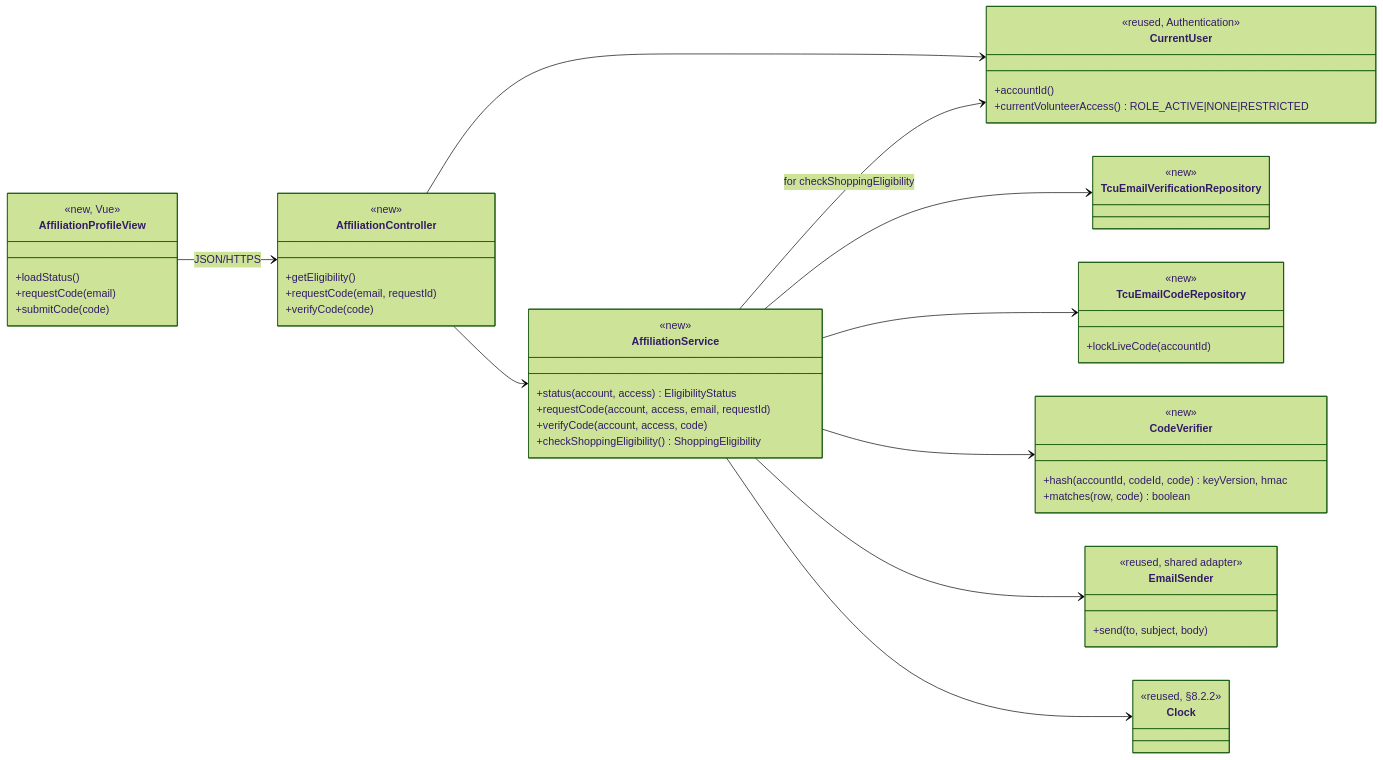
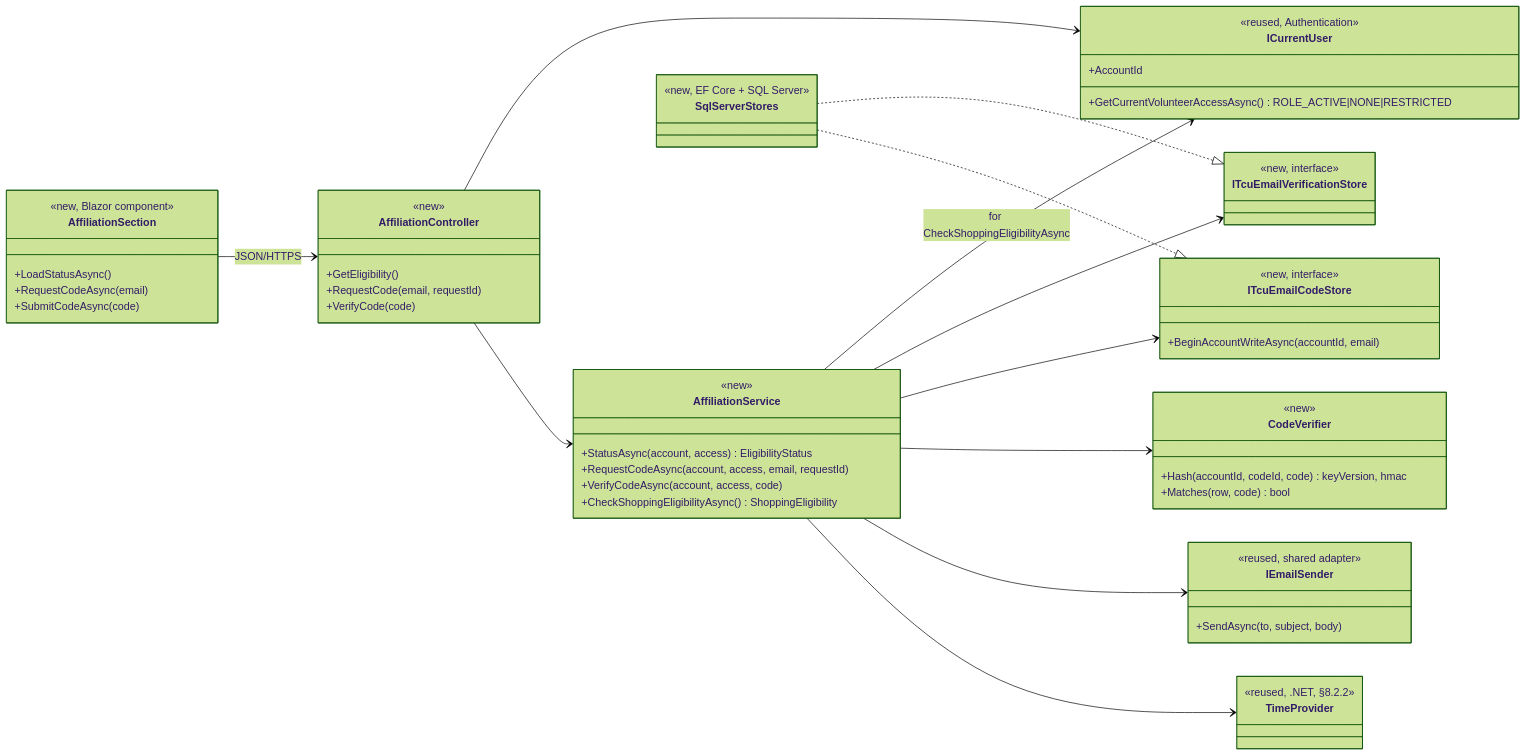
One commit to evelyntrann/cosc-40943-team-3-refrog changed the first of 4 diagrams in docs/design/IDV.md. Above: the diagram before and after it, drawn with Mermaid (forest theme). The commit also changed other lines of this file and 2 other files, not shown here.

First line of the commit message:
docs: revise IDV design for KD-tcu-it-stack (#60)

````diff
--- a/docs/design/IDV.md
+++ b/docs/design/IDV.md
@@ -42,56 +40,61 @@
 ```mermaid
 classDiagram
     direction LR
-    class AffiliationProfileView {
-        <<new, Vue>>
-        +loadStatus()
-        +requestCode(email)
-        +submitCode(code)
+    class AffiliationSection {
+        <<new, Blazor component>>
+        +LoadStatusAsync()
+        +RequestCodeAsync(email)
+        +SubmitCodeAsync(code)
     }
     class AffiliationController {
         <<new>>
-        +getEligibility()
-        +requestCode(email, requestId)
-        +verifyCode(code)
+        +GetEligibility()
+        +RequestCode(email, requestId)
+        +VerifyCode(code)
     }
     class AffiliationService {
         <<new>>
-        +status(account, access) EligibilityStatus
-        +requestCode(account, access, email, requestId)
-        +verifyCode(account, access, code)
-        +checkShoppingEligibility() ShoppingEligibility
+        +StatusAsync(account, access) EligibilityStatus
+        +RequestCodeAsync(account, access, email, requestId)
+        +VerifyCodeAsync(account, access, code)
+        +CheckShoppingEligibilityAsync() ShoppingEligibility
     }
-    class TcuEmailVerificationRepository {
-        <<new>>
+    class ITcuEmailVerificationStore {
+        <<new, interface>>
     }
-    class TcuEmailCodeRepository {
-        <<new>>
-        +lockLiveCode(accountId)
+    class ITcuEmailCodeStore {
+        <<new, interface>>
+        +BeginAccountWriteAsync(accountId, email)
+    }
+    class SqlServerStores {
+        <<new, EF Core + SQL Server>>
     }
     class CodeVerifier {
         <<new>>
-        +hash(accountId, codeId, code) keyVersion, hmac
-        +matches(row, code) boolean
+        +Hash(accountId, codeId, code) keyVersion, hmac
+        +Matches(row, code) bool
     }
-    class CurrentUser {
+    class ICurrentUser {
         <<reused, Authentication>>
-        +accountId()
-        +currentVolunteerAccess() ROLE_ACTIVE|NONE|RESTRICTED
+        +AccountId
+        +GetCurrentVolunteerAccessAsync() ROLE_ACTIVE|NONE|RESTRICTED
     }
-    class EmailSender {
+    class IEmailSender {
         <<reused, shared adapter>>
-        +send(to, subject, body)
+        +SendAsync(to, subject, body)
     }
-    class Clock {
-        <<reused, §8.2.2>>
+    class TimeProvider {
+        <<reused, .NET, §8.2.2>>
     }
-    AffiliationProfileView --> AffiliationController : JSON/HTTPS
-    AffiliationController --> CurrentUser
+    AffiliationSection --> AffiliationController : JSON/HTTPS
+    AffiliationController --> ICurrentUser
     AffiliationController --> AffiliationService
-    AffiliationService --> CurrentUser : for checkShoppingEligibility
-    AffiliationService --> TcuEmailVerificationRepository
-    AffiliationService --> TcuEmailCodeRepository
+    AffiliationService --> ICurrentUser : for CheckShoppingEligibilityAsync
+    AffiliationService --> ITcuEmailVerificationStore
+    AffiliationService --> ITcuEmailCodeStore
+    SqlServerStores ..|> ITcuEmailVerificationStore
+    SqlServerStores ..|> ITcuEmailCodeStore
     AffiliationService --> CodeVerifier
-    AffiliationService --> EmailSender
-    AffiliationService --> Clock
+    AffiliationService --> IEmailSender
+    AffiliationService --> TimeProvider
 ```
````
